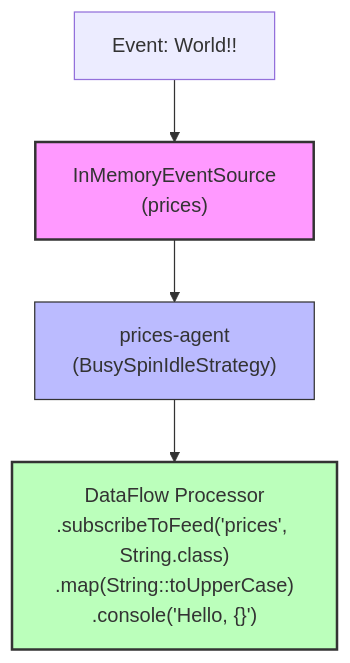
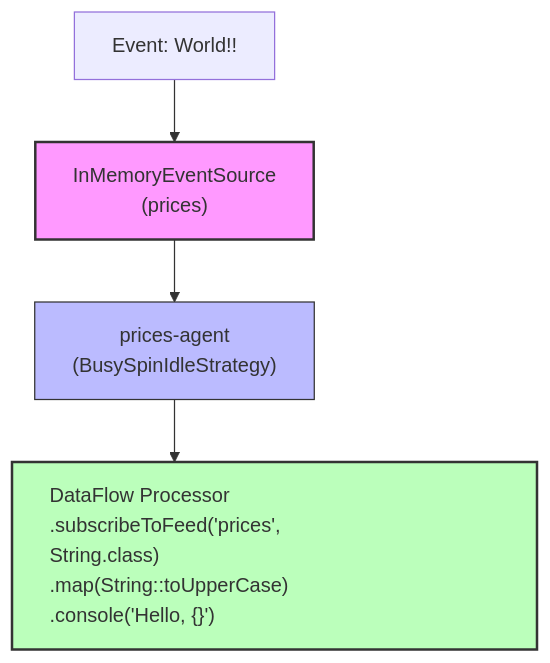
Before and after one commit to telaminai/mongoose-examples: the diagram in gettting-started/stream-programming-tutorial/README.md, drawn with Mermaid.

Commit message:
Fixed formatting in `StreamProgrammingTutorial` README for better readability.

````diff
--- a/gettting-started/stream-programming-tutorial/README.md
+++ b/gettting-started/stream-programming-tutorial/README.md
@@ -25,26 +25,29 @@
 ```mermaid
 flowchart TD
     %% Event Source
     prices["InMemoryEventSource<br>(prices)"]
 
     %% Agent
     pricesAgent["prices-agent<br>(BusySpinIdleStrategy)"]
 
     %% DataFlow Processor
     df["DataFlow Processor<br>.subscribeToFeed('prices', String.class)<br>.map(String::toUpperCase)<br>.console('Hello, {}')"]
 
     %% Connections
     prices --> pricesAgent
     pricesAgent --> df
 
     %% Example event
     ev1["Event: World!!"] --> prices
 
     %% Styling
     classDef source fill:#f9f,stroke:#333,stroke-width:2px
     classDef agent fill:#bbf,stroke:#333,stroke-width:1px
     classDef handler fill:#bfb,stroke:#333,stroke-width:2px
     class prices source
     class pricesAgent agent
     class df handler
+
+    %% Force wider DataFlow Processor box
+    style df width:420px, text-align:left
 ```
````
